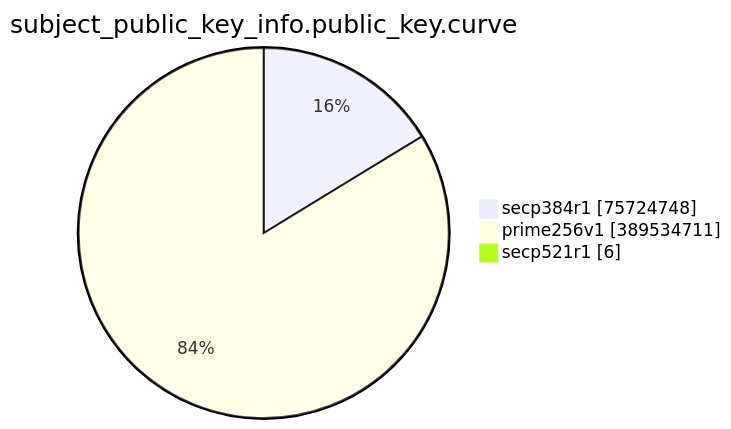
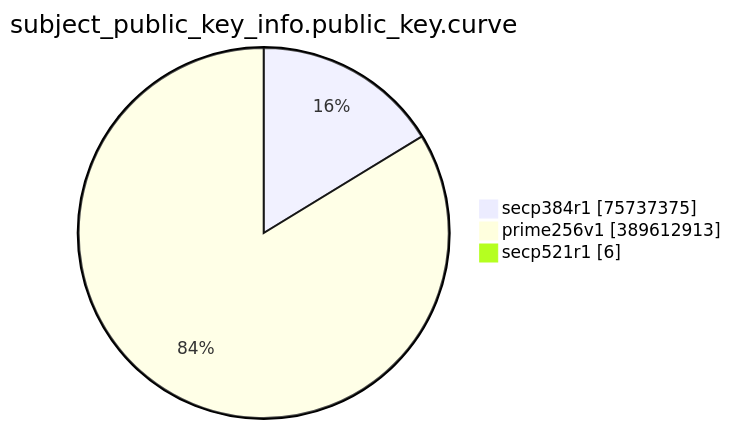
Before and after one commit to christiankrug/ctmonitor_visualization: the eighth of 15 diagrams in TOTAL/README.md, drawn with Mermaid. The commit also changed other lines of this file, not shown here.

````diff
--- a/TOTAL/README.md
+++ b/TOTAL/README.md
@@ -3094,7 +3094,7 @@
 ```mermaid
 pie showData
 title subject_public_key_info.public_key.curve
-"secp384r1" :75724748
-"prime256v1" :389534711
+"secp384r1" :75737375
+"prime256v1" :389612913
 "secp521r1" :6
 ```
````
